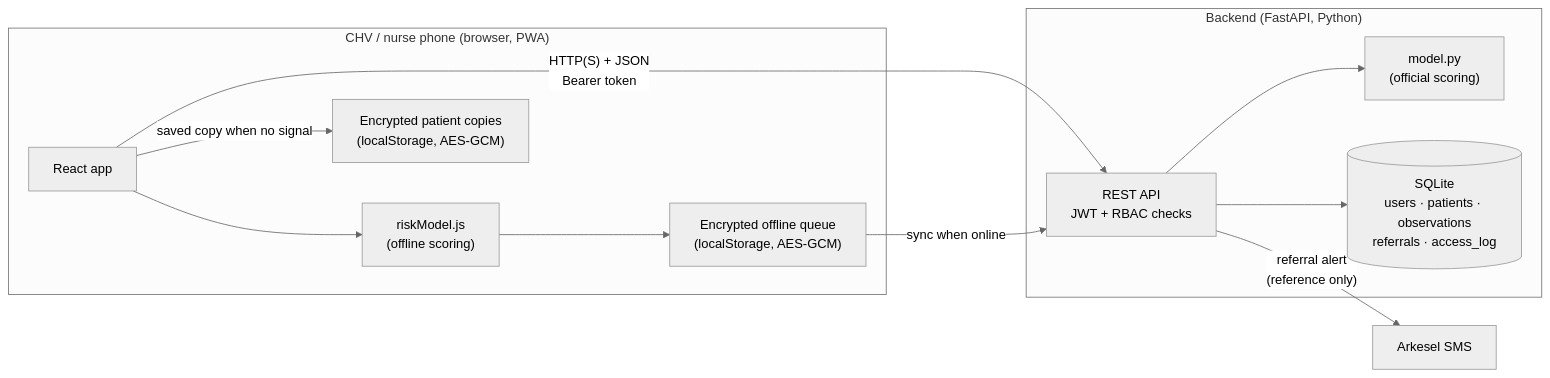
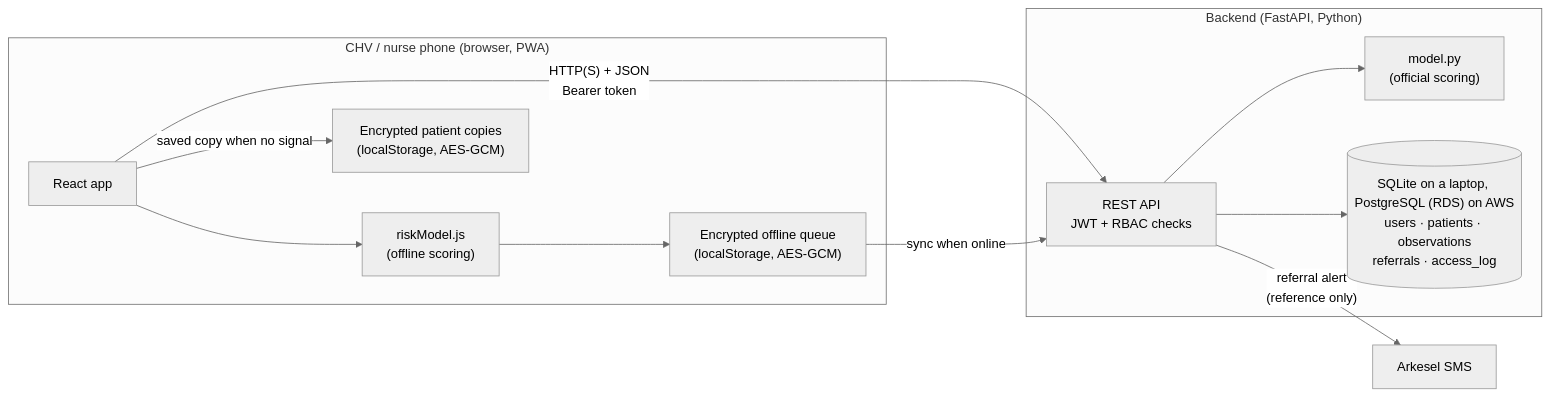
One commit to ASU-MICS-2028/cc-group-2-prosit-2 changed the first of 2 diagrams in README.md. Above: the diagram before and after it, drawn with Mermaid (neutral theme). The commit also changed other lines of this file, not shown here.

Commit message:
README: correct project status, six roles, alarms status, and SQLite/PostgreSQL architecture

````diff
--- a/README.md
+++ b/README.md
@@ -271,26 +271,26 @@
 ```mermaid
 flowchart LR
     subgraph Phone["CHV / nurse phone (browser, PWA)"]
         UI["React app"]
         RM["riskModel.js<br/>(offline scoring)"]
         Q["Encrypted offline queue<br/>(localStorage, AES-GCM)"]
         PC["Encrypted patient copies<br/>(localStorage, AES-GCM)"]
     end
 
     subgraph Server["Backend (FastAPI, Python)"]
         API["REST API<br/>JWT + RBAC checks"]
         M["model.py<br/>(official scoring)"]
-        DB[("SQLite<br/>users · patients · observations<br/>referrals · access_log")]
+        DB[("SQLite on a laptop, PostgreSQL (RDS) on AWS<br/>users · patients · observations<br/>referrals · access_log")]
     end
 
     SMS["Arkesel SMS"]
 
     UI -- "HTTP(S) + JSON<br/>Bearer token" --> API
     UI --> RM
     RM --> Q
     Q -- "sync when online" --> API
     UI -- "saved copy when no signal" --> PC
     API --> M
     API --> DB
     API -- "referral alert<br/>(reference only)" --> SMS
 ```
````
